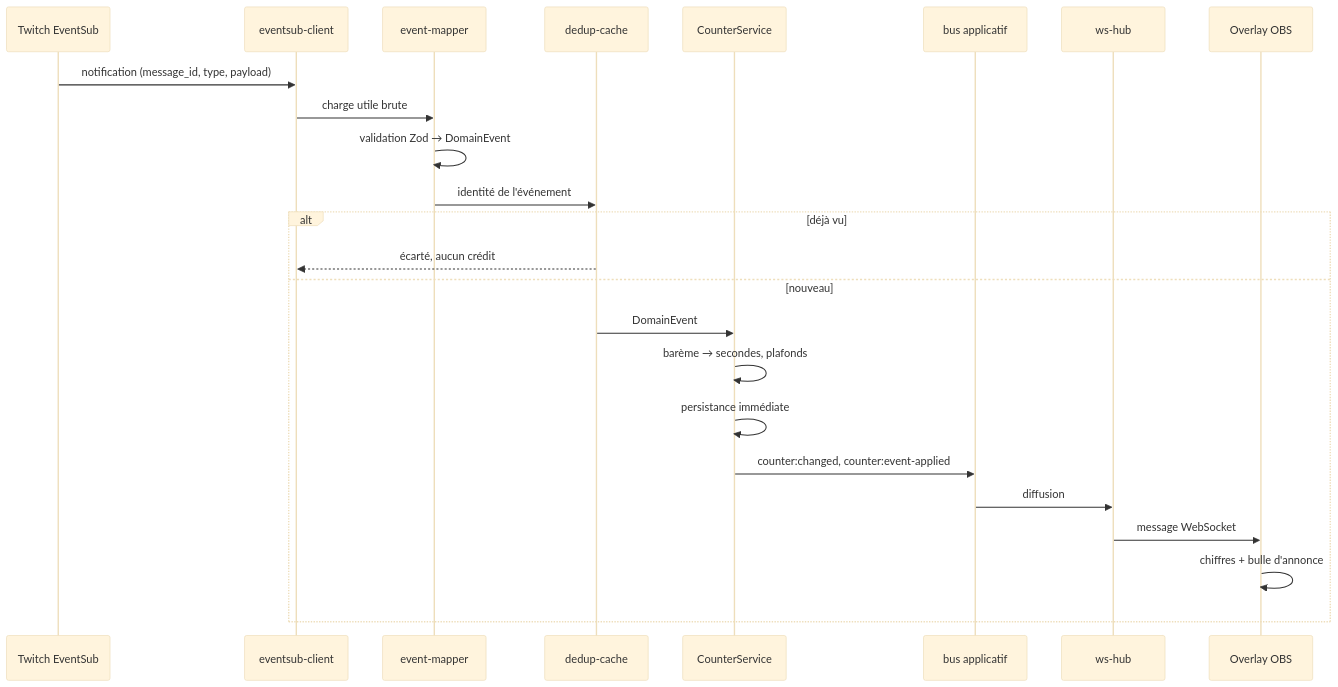
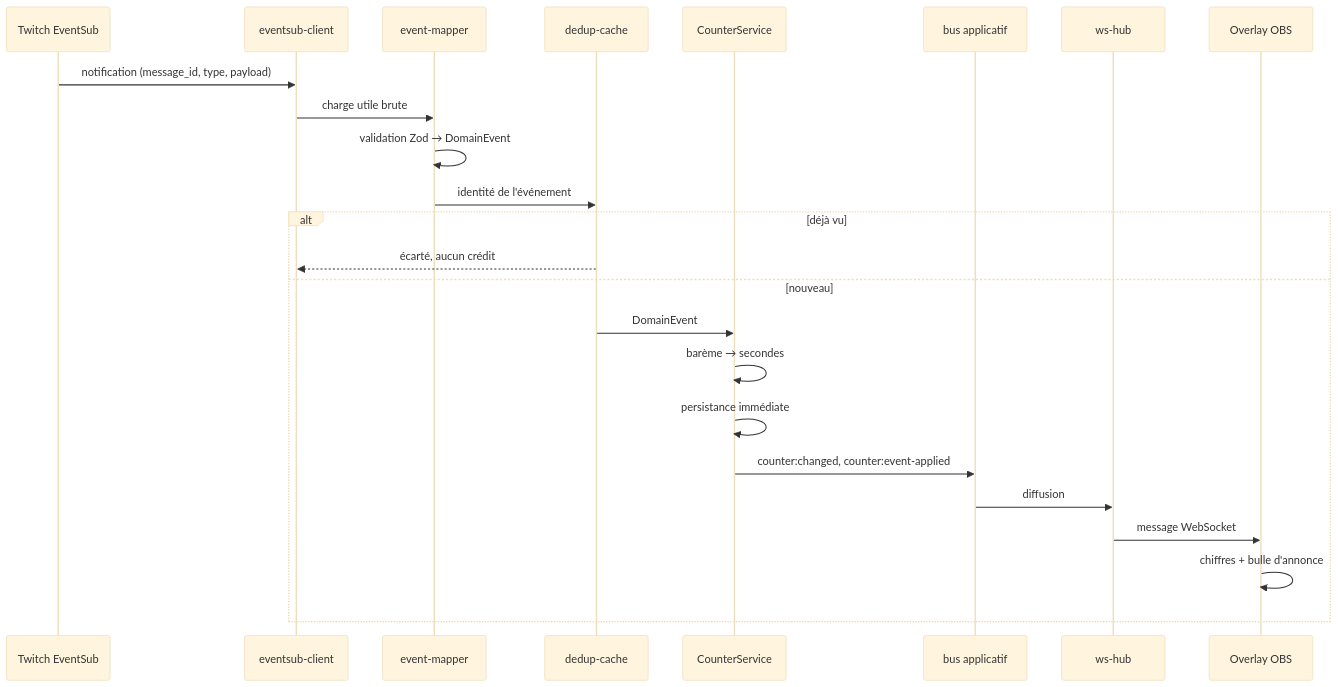
The second of 2 diagrams in docs/ARCHITECTURE.md (thedevopser/ChronoCast), drawn with Mermaid (base theme) before and after one commit. The commit also changed 35 other files, not shown here.

````diff
--- a/docs/ARCHITECTURE.md
+++ b/docs/ARCHITECTURE.md
@@ -71,27 +71,27 @@
 ```mermaid
 sequenceDiagram
     participant T as Twitch EventSub
     participant C as eventsub-client
     participant M as event-mapper
     participant D as dedup-cache
     participant S as CounterService
     participant B as bus applicatif
     participant W as ws-hub
     participant O as Overlay OBS
 
     T->>C: notification (message_id, type, payload)
     C->>M: charge utile brute
     M->>M: validation Zod → DomainEvent
     M->>D: identité de l'événement
     alt déjà vu
         D-->>C: écarté, aucun crédit
     else nouveau
         D->>S: DomainEvent
-        S->>S: barème → secondes, plafonds
+        S->>S: barème → secondes
         S->>S: persistance immédiate
         S->>B: counter:changed, counter:event-applied
         B->>W: diffusion
         W->>O: message WebSocket
         O->>O: chiffres + bulle d'annonce
     end
 ```
````
